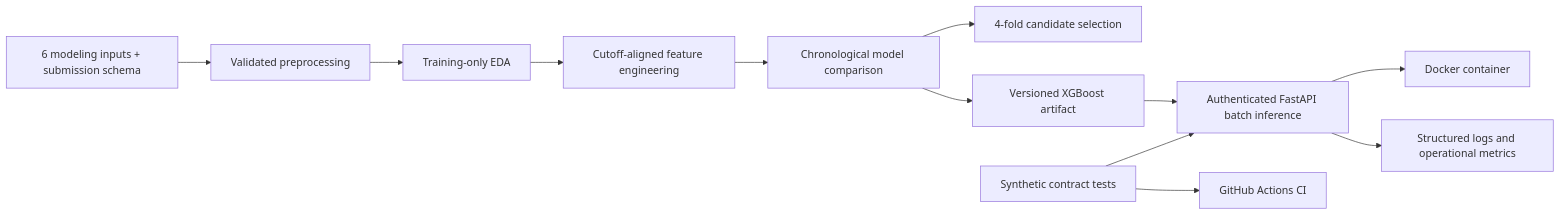
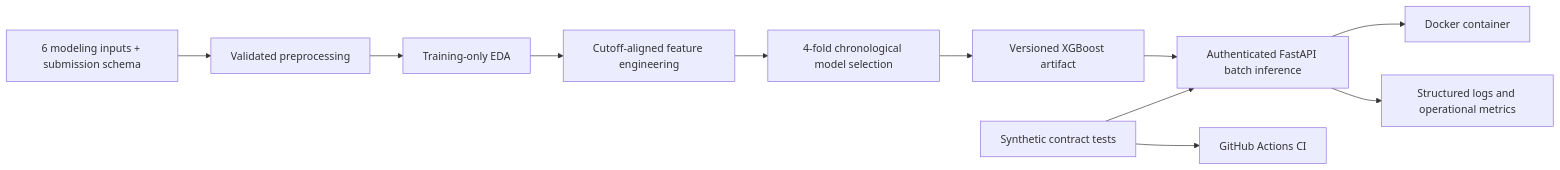
Before and after one commit to mthufailsamas/retail-sales-forecasting-ai-engineering: the diagram in README.md, drawn with Mermaid. The commit also changed other lines of this file and 9 other files, not shown here.

````diff
--- a/README.md
+++ b/README.md
@@ -32,14 +32,13 @@
 ```mermaid
 flowchart LR
     A["6 modeling inputs + submission schema"] --> B["Validated preprocessing"]
     B --> C["Training-only EDA"]
     C --> D["Cutoff-aligned feature engineering"]
-    D --> E["Chronological model comparison"]
-    E --> L["4-fold candidate selection"]
+    D --> E["4-fold chronological model selection"]
     E --> F["Versioned XGBoost artifact"]
     F --> G["Authenticated FastAPI batch inference"]
     G --> H["Docker container"]
     G --> K["Structured logs and operational metrics"]
     I["Synthetic contract tests"] --> G
     I --> J["GitHub Actions CI"]
 ```
````
